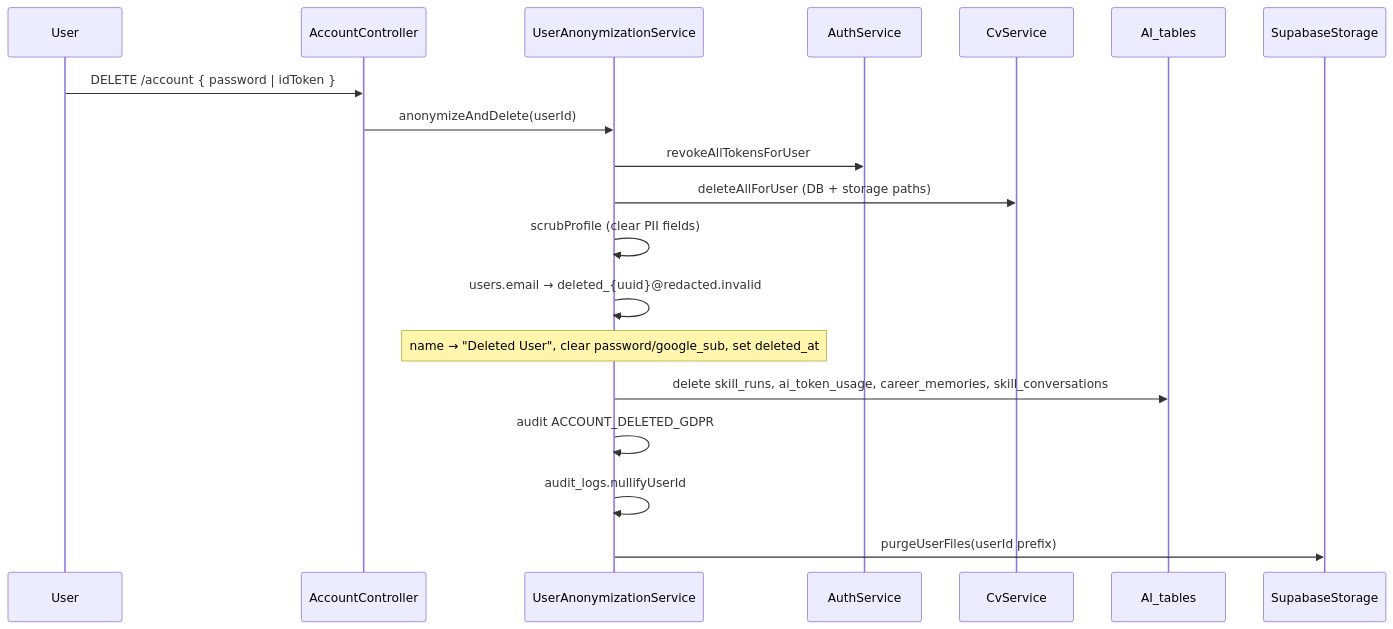
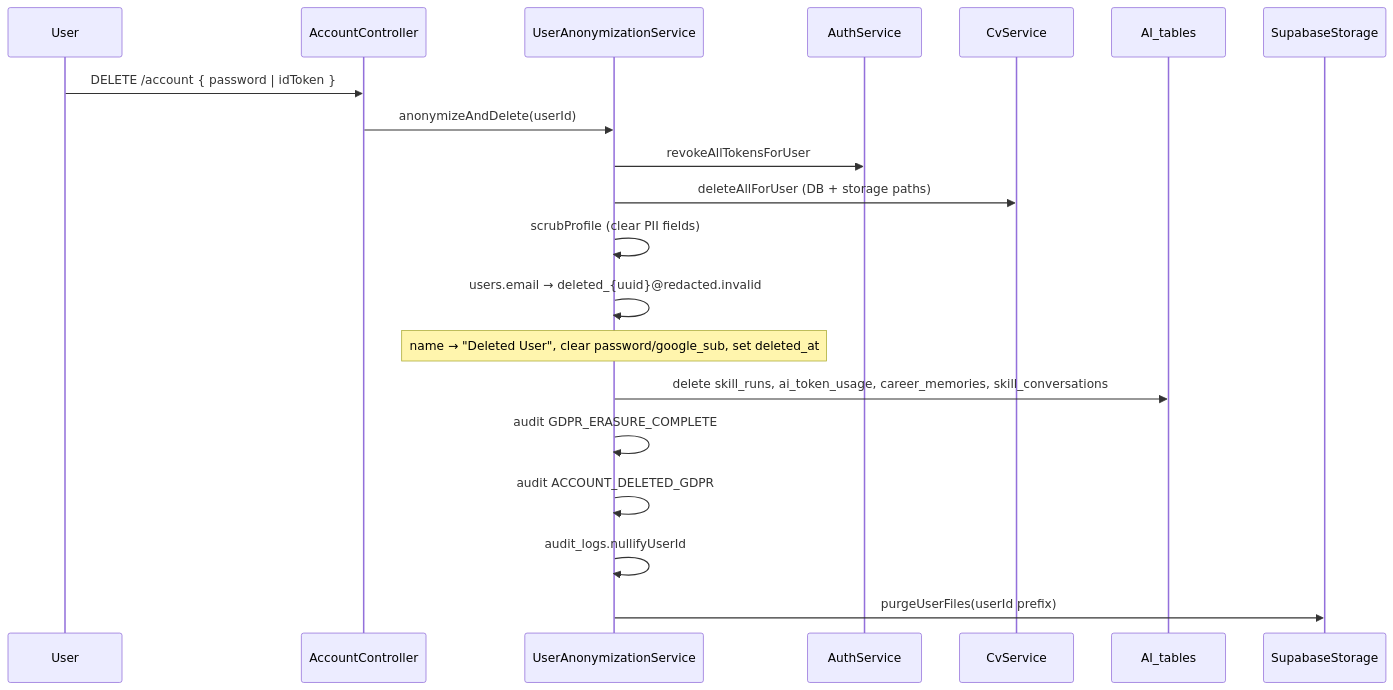
Before and after one commit to yugandharreddybana/NewCareers: the third of 3 diagrams in pagesflow/shared/gdpr-data-storage.md, drawn with Mermaid. The commit also changed other lines of this file and 12 other files, not shown here.

````diff
--- a/pagesflow/shared/gdpr-data-storage.md
+++ b/pagesflow/shared/gdpr-data-storage.md
@@ -252,22 +257,23 @@
 ```mermaid
 sequenceDiagram
     participant User
     participant Account as AccountController
     participant Anon as UserAnonymizationService
     participant Auth as AuthService
     participant CV as CvService
     participant AI as AI_tables
     participant Store as SupabaseStorage
 
     User->>Account: DELETE /account { password | idToken }
     Account->>Anon: anonymizeAndDelete(userId)
     Anon->>Auth: revokeAllTokensForUser
     Anon->>CV: deleteAllForUser (DB + storage paths)
     Anon->>Anon: scrubProfile (clear PII fields)
     Anon->>Anon: users.email → deleted_{uuid}@redacted.invalid
     Note over Anon: name → "Deleted User", clear password/google_sub, set deleted_at
     Anon->>AI: delete skill_runs, ai_token_usage, career_memories, skill_conversations
+    Anon->>Anon: audit GDPR_ERASURE_COMPLETE
     Anon->>Anon: audit ACCOUNT_DELETED_GDPR
     Anon->>Anon: audit_logs.nullifyUserId
     Anon->>Store: purgeUserFiles(userId prefix)
 ```
````
